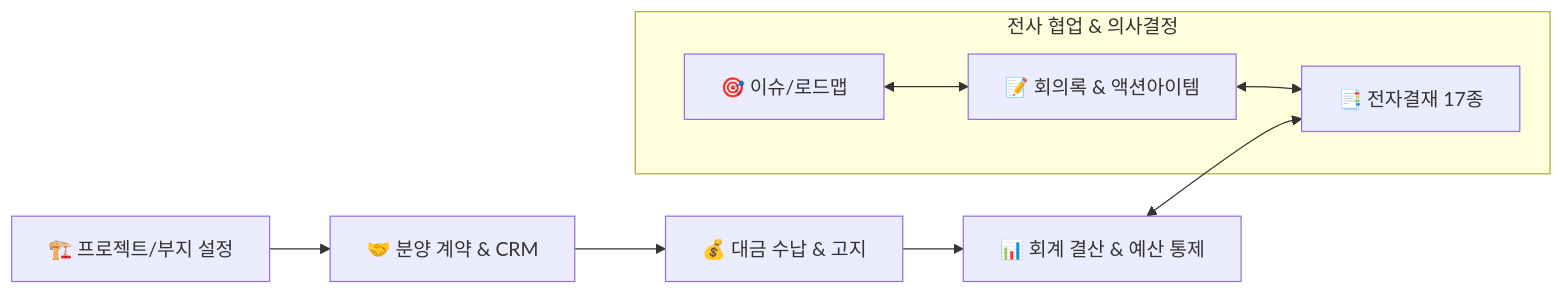
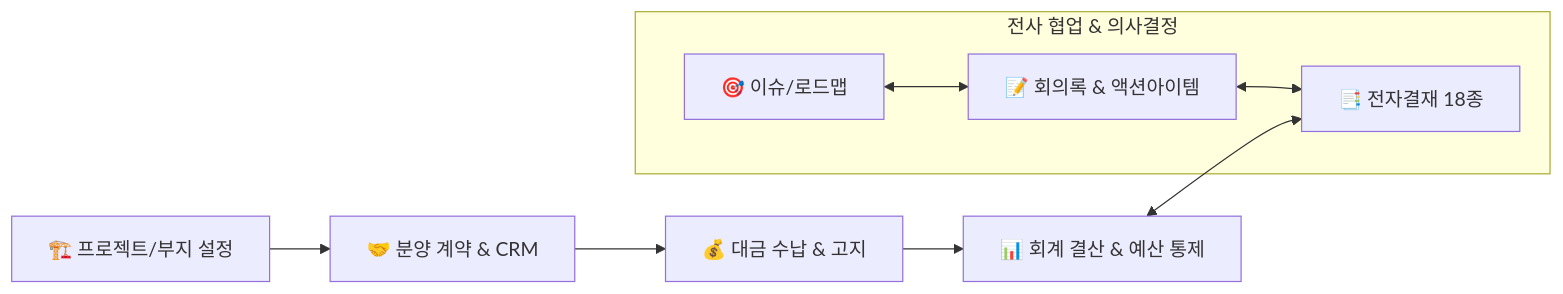
The diagram in app/vue/docs/index.md (nc2U/ibs), drawn with Mermaid before and after one commit. The commit also changed other lines of this file and 10 other files, not shown here.

````diff
--- a/app/vue/docs/index.md
+++ b/app/vue/docs/index.md
@@ -12,13 +12,13 @@
 ```mermaid
 flowchart LR
     A["🏗️ 프로젝트/부지 설정"] --> B["🤝 분양 계약 & CRM"]
     B --> C["💰 대금 수납 & 고지"]
     C --> D["📊 회계 결산 & 예산 통제"]
 
     subgraph 협업 ["전사 협업 & 의사결정"]
         E["🎯 이슈/로드맵"] <--> F["📝 회의록 & 액션아이템"]
-        F <--> G["📑 전자결재 17종"]
+        F <--> G["📑 전자결재 18종"]
     end
 
     D <--> G
 ```
````
